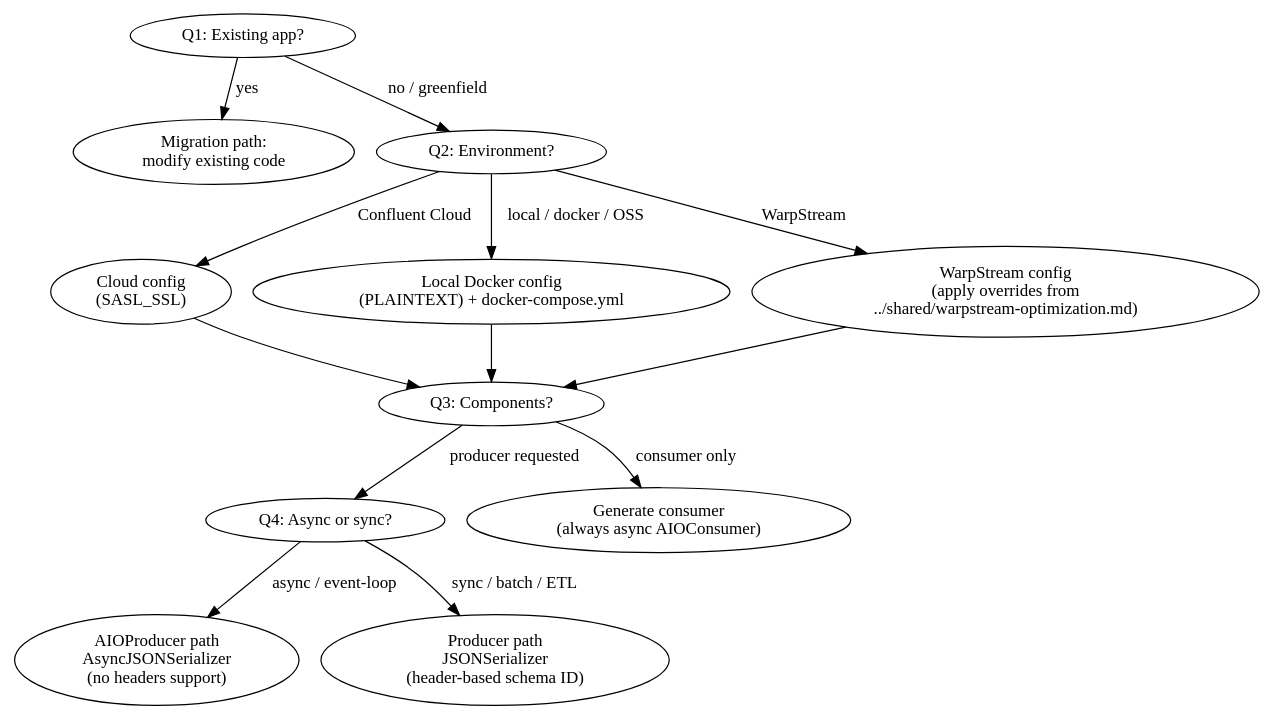
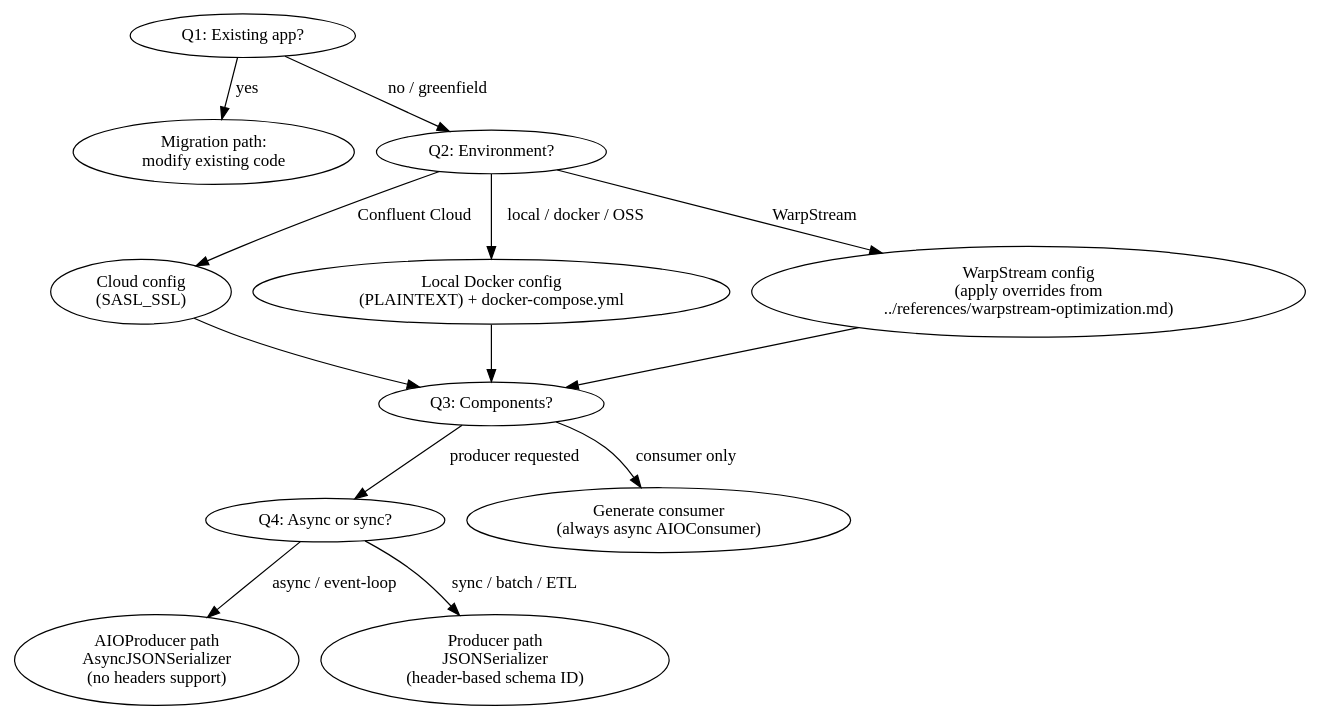
Before and after one commit to confluentinc/agent-skills: the diagram in skills/developing-kafka-python-client/SKILL.md, drawn with Graphviz. The commit also changed other lines of this file and 3 other files, not shown here.

Commit message:
shared --> references

````diff
--- a/skills/developing-kafka-python-client/SKILL.md
+++ b/skills/developing-kafka-python-client/SKILL.md
@@ -86,16 +86,16 @@
 ```dot
 digraph decisions {
   "Q1: Existing app?" -> "Migration path:\nmodify existing code" [label="yes"];
   "Q1: Existing app?" -> "Q2: Environment?" [label="no / greenfield"];
   "Q2: Environment?" -> "Cloud config\n(SASL_SSL)" [label="Confluent Cloud"];
   "Q2: Environment?" -> "Local Docker config\n(PLAINTEXT) + docker-compose.yml" [label="local / docker / OSS"];
-  "Q2: Environment?" -> "WarpStream config\n(apply overrides from\n../shared/warpstream-optimization.md)" [label="WarpStream"];
+  "Q2: Environment?" -> "WarpStream config\n(apply overrides from\n../references/warpstream-optimization.md)" [label="WarpStream"];
   "Cloud config\n(SASL_SSL)" -> "Q3: Components?";
   "Local Docker config\n(PLAINTEXT) + docker-compose.yml" -> "Q3: Components?";
-  "WarpStream config\n(apply overrides from\n../shared/warpstream-optimization.md)" -> "Q3: Components?";
+  "WarpStream config\n(apply overrides from\n../references/warpstream-optimization.md)" -> "Q3: Components?";
   "Q3: Components?" -> "Q4: Async or sync?" [label="producer requested"];
   "Q3: Components?" -> "Generate consumer\n(always async AIOConsumer)" [label="consumer only"];
   "Q4: Async or sync?" -> "AIOProducer path\nAsyncJSONSerializer\n(no headers support)" [label="async / event-loop"];
   "Q4: Async or sync?" -> "Producer path\nJSONSerializer\n(header-based schema ID)" [label="sync / batch / ETL"];
 }
 ```
````
